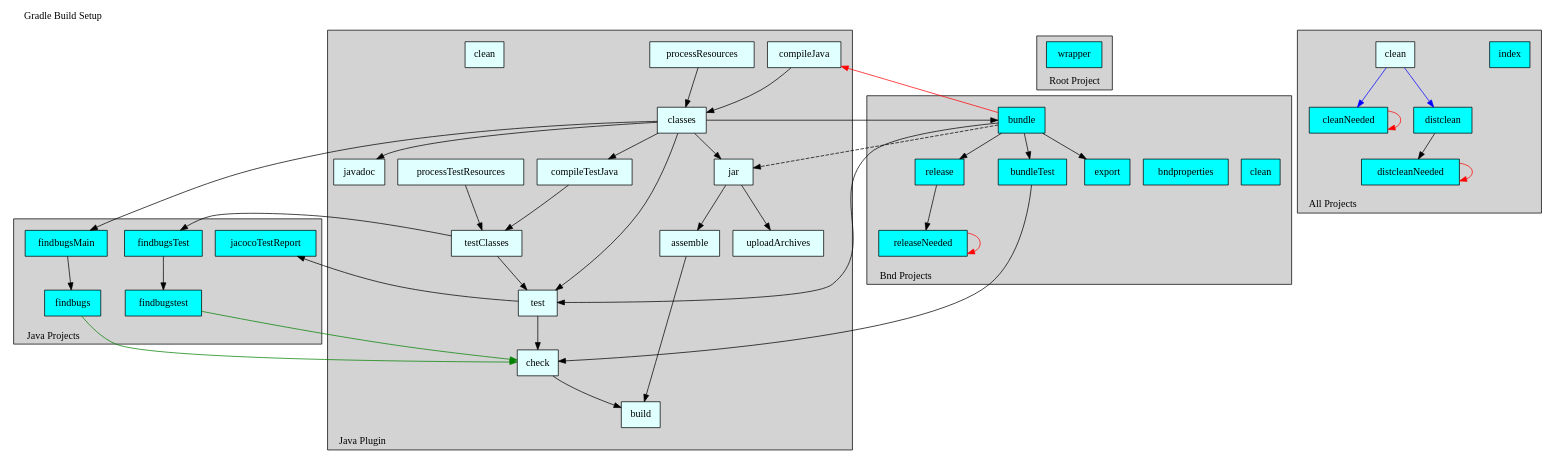
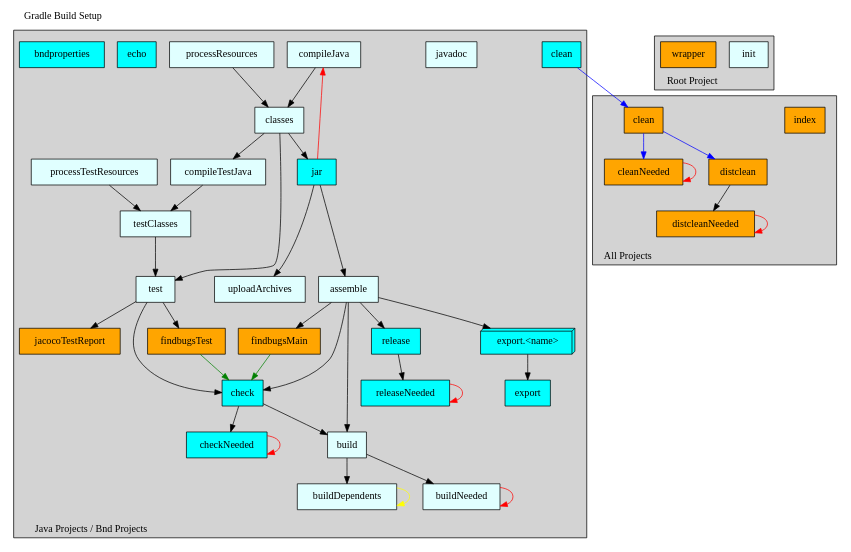
One commit to peterkir/musicTreePrograms changed the diagram in cnf/gradle/doc/template.dot. Above: the diagram before and after it, drawn with Graphviz. The commit also changed 29 other files, not shown here.

```diff
--- a/cnf/gradle/doc/template.dot
+++ b/cnf/gradle/doc/template.dot
@@ -1,193 +1,185 @@
 /*
  * WARNING
  *
  * This file is maintained automatically by Bndtools.
  * You should not edit it.
  *
  * See the BUILDING-GRADLE.md document in the root project for more details.
  *
  * To create an SVG diagram from this file, install graphviz and run:
  *   dot -Tsvg "$1.dot" -o "$1.svg"   (on a Linux   machine)
  *   dot -Tsvg "%1.dot" -o "%1.svg"   (on a Windows machine)
  */
 
 
 digraph GradleSetup {
   label="Gradle Build Setup"
   labelloc=t
   labeljust=l
 
   subgraph cluster1 {
-    label="Java Plugin";
+    label="Java Projects / Bnd Projects";
     labelloc=b
     labeljust=l
     style=filled;
     fillcolor=lightgrey;
     color=black;
 
-    subgraph cluster11 {
+    subgraph cluster101 {
       label="";
       style=invis;
       compileJava          [shape=box, style=filled, fillcolor=lightcyan, label="compileJava"         ]
       processResources     [shape=box, style=filled, fillcolor=lightcyan, label="processResources"    ]
       classes              [shape=box, style=filled, fillcolor=lightcyan, label="classes"             ]
-      jar                  [shape=box, style=filled, fillcolor=lightcyan, label="jar"                 ]
     }
 
-    subgraph cluster12 {
+    subgraph cluster102 {
+      label="";
+      style=invis;
+      jar                  [shape=box, style=filled, fillcolor=cyan     , label="jar"                 ]
+    }
+
+    subgraph cluster103 {
       label="";
       style=invis;
       compileTestJava      [shape=box, style=filled, fillcolor=lightcyan, label="compileTestJava"     ]
       processTestResources [shape=box, style=filled, fillcolor=lightcyan, label="processTestResources"]
       testClasses          [shape=box, style=filled, fillcolor=lightcyan, label="testClasses"         ]
-      test                 [shape=box, style=filled, fillcolor=lightcyan, label="test"                ]
-      check                [shape=box, style=filled, fillcolor=lightcyan, label="check"               ]
     }
 
-    subgraph cluster13 {
+    subgraph cluster104 {
+      label="";
+      style=invis;
+      test                 [shape=box, style=filled, fillcolor=lightcyan, label="test"                ]
+    }
+
+    subgraph cluster105 {
       label="";
       style=invis;
       uploadArchives       [shape=box, style=filled, fillcolor=lightcyan, label="uploadArchives"      ]
       assemble             [shape=box, style=filled, fillcolor=lightcyan, label="assemble"            ]
     }
 
-    build                  [shape=box, style=filled, fillcolor=lightcyan, label="build"               ]
+    subgraph cluster106 {
+      label="";
+      style=invis;
+      check                [shape=box, style=filled, fillcolor=cyan     , label="check"               ]
+      checkNeeded          [shape=box, style=filled, fillcolor=cyan     , label="checkNeeded"         ]
+    }
+
+    subgraph cluster107 {
+      label="";
+      style=invis;
+      release              [shape=box, style=filled, fillcolor=cyan     , label="release"             ]
+      releaseNeeded        [shape=box, style=filled, fillcolor=cyan     , label="releaseNeeded"       ]
+    }
+
+    subgraph cluster108 {
+      label="";
+      style=invis;
+      exportX              [shape=box3d, style=filled, fillcolor=cyan   , label="export.<name>"       ]
+      export               [shape=box  , style=filled, fillcolor=cyan   , label="export"              ]
+    }
+
+    subgraph cluster109 {
+      label="";
+      style=invis;
+      build                [shape=box, style=filled, fillcolor=lightcyan, label="build"               ]
+      buildDependents      [shape=box, style=filled, fillcolor=lightcyan, label="buildDependents"     ]
+      buildNeeded          [shape=box, style=filled, fillcolor=lightcyan, label="buildNeeded"         ]
+    }
+
+    subgraph cluster110 {
+      label="";
+      style=invis;
+      findbugsMain         [shape=box, style=filled, fillcolor=orange   , label="findbugsMain"        ]
+      findbugsTest         [shape=box, style=filled, fillcolor=orange   , label="findbugsTest"        ]
+    }
+
     javadoc                [shape=box, style=filled, fillcolor=lightcyan, label="javadoc"             ]
-    cleanJava              [shape=box, style=filled, fillcolor=lightcyan, label="clean"               ]
+
+    clean                  [shape=box, style=filled, fillcolor=cyan     , label="clean"               ]
+    echo                   [shape=box, style=filled, fillcolor=cyan     , label="echo"                ]
+    bndproperties          [shape=box, style=filled, fillcolor=cyan     , label="bndproperties"       ]
+    jacocoTestReport       [shape=box, style=filled, fillcolor=orange   , label="jacocoTestReport"    ]
 
     compileJava            -> classes
     processResources       -> classes
-    classes                -> javadoc
-    classes                -> test
     classes                -> compileTestJava
     classes                -> jar
+    classes                -> test
     compileTestJava        -> testClasses
     processTestResources   -> testClasses
     jar                    -> uploadArchives
     jar                    -> assemble
     testClasses            -> test
     assemble               -> build
+    assemble               -> check
     test                   -> check
+    check                  -> checkNeeded
+    checkNeeded            -> checkNeeded        [color=red   ]
     check                  -> build
+    build                  -> buildDependents
+    buildDependents        -> buildDependents    [color=yellow]
+    build                  -> buildNeeded
+    buildNeeded            -> buildNeeded        [color=red   ]
+
+    jar                    -> compileJava        [color=red   ]
+    assemble               -> release
+    assemble               -> exportX
+    exportX                -> export
+    release                -> releaseNeeded
+    releaseNeeded          -> releaseNeeded      [color=red   ]
+
+    assemble               -> findbugsMain
+    test                   -> findbugsTest
+    findbugsMain           -> check              [color=green ]
+    findbugsTest           -> check              [color=green ]
+    test                   -> jacocoTestReport
   }
 
 
   subgraph cluster2 {
-    label="Bnd Projects";
-    labelloc=b
-    labeljust=l
-    style=filled;
-    fillcolor=lightgrey;
-    color=black;
-
-    subgraph cluster21 {
-      label="";
-      style=invis;
-      bundle               [shape=box, style=filled, fillcolor=cyan     , label="bundle"              ]
-      bundleTest           [shape=box, style=filled, fillcolor=cyan     , label="bundleTest"          ]
-    }
-
-    subgraph cluster22 {
-      label="";
-      style=invis;
-      release              [shape=box, style=filled, fillcolor=cyan     , label="release"             ]
-      releaseNeeded        [shape=box, style=filled, fillcolor=cyan     , label="releaseNeeded"       ]
-    }
-
-    subgraph cluster23 {
-      label="";
-      style=invis;
-      cleanBnd             [shape=box, style=filled, fillcolor=cyan     , label="clean"               ]
-      bndproperties        [shape=box, style=filled, fillcolor=cyan     , label="bndproperties"       ]
-      export               [shape=box, style=filled, fillcolor=cyan     , label="export"              ]
-    }
-
-    classes                -> bundle
-    bundle                 -> compileJava        [color=red   ]
-    bundle                 -> jar                [style=dashed]
-    bundle                 -> bundleTest
-    bundle                 -> test
-    bundle                 -> release
-    bundle                 -> export
-    bundleTest             -> check
-    release                -> releaseNeeded
-    releaseNeeded          -> releaseNeeded      [color=red   ]
-  }
-
-
-  subgraph cluster3 {
     label="Root Project";
     labelloc=b
     labeljust=l
     style=filled;
     fillcolor=lightgrey;
     color=black;
 
-    wrapper                [shape=box, style=filled, fillcolor=cyan     , label="wrapper"             ]
+    init                   [shape=box, style=filled, fillcolor=lightcyan, label="init"                ]
+    wrapper                [shape=box, style=filled, fillcolor=orange   , label="wrapper"             ]
   }
 
 
-  subgraph cluster4 {
-    label="Java Projects";
-    labelloc=b
-    labeljust=l
-    style=filled;
-    fillcolor=lightgrey;
-    color=black;
-
-    subgraph cluster41 {
-      label="";
-      style=invis;
-      findbugstest         [shape=box, style=filled, fillcolor=cyan     , label="findbugstest"        ]
-      findbugsTest         [shape=box, style=filled, fillcolor=cyan     , label="findbugsTest"        ]
-    }
-
-    subgraph cluster42 {
-      label="";
-      style=invis;
-      findbugs             [shape=box, style=filled, fillcolor=cyan     , label="findbugs"            ]
-      findbugsMain         [shape=box, style=filled, fillcolor=cyan     , label="findbugsMain"        ]
-    }
-
-    jacocoTestReport       [shape=box, style=filled, fillcolor=cyan     , label="jacocoTestReport"    ]
-
-    classes                -> findbugsMain
-    testClasses            -> findbugsTest
-    findbugsMain           -> findbugs
-    findbugsTest           -> findbugstest
-    findbugs               -> check              [color=green ]
-    findbugstest           -> check              [color=green ]
-    test                   -> jacocoTestReport
-  }
-
-
-  subgraph cluster5 {
+  subgraph cluster3 {
     label="All Projects";
     labelloc=b
     labeljust=l
     style=filled;
     fillcolor=lightgrey;
     color=black;
 
-    subgraph cluster21 {
+    subgraph cluster301 {
       label="";
       style=invis;
-      index                [shape=box, style=filled, fillcolor=cyan     , label="index"               ]
+      index                [shape=box, style=filled, fillcolor=orange   , label="index"               ]
     }
 
-    subgraph cluster22 {
+    subgraph cluster302 {
       label="";
       style=invis;
-      clean                [shape=box, style=filled, fillcolor=lightcyan, label="clean"               ]
-      cleanNeeded          [shape=box, style=filled, fillcolor=cyan     , label="cleanNeeded"         ]
-      distclean            [shape=box, style=filled, fillcolor=cyan     , label="distclean"           ]
-      distcleanNeeded      [shape=box, style=filled, fillcolor=cyan     , label="distcleanNeeded"     ]
+      cleanAll             [shape=box, style=filled, fillcolor=orange   , label="clean"               ]
+      cleanAllNeeded       [shape=box, style=filled, fillcolor=orange   , label="cleanNeeded"         ]
+      distclean            [shape=box, style=filled, fillcolor=orange   , label="distclean"           ]
+      distcleanNeeded      [shape=box, style=filled, fillcolor=orange   , label="distcleanNeeded"     ]
     }
 
-    clean                  -> cleanNeeded        [color=blue  ]
-    cleanNeeded            -> cleanNeeded        [color=red   ]
-    clean                  -> distclean          [color=blue  ]
+    clean                  -> cleanAll           [color=blue  ]
+    cleanAll               -> cleanAllNeeded     [color=blue  ]
+    cleanAllNeeded         -> cleanAllNeeded     [color=red   ]
+    cleanAll               -> distclean          [color=blue  ]
     distclean              -> distcleanNeeded
     distcleanNeeded        -> distcleanNeeded    [color=red   ]
   }
 }
```
